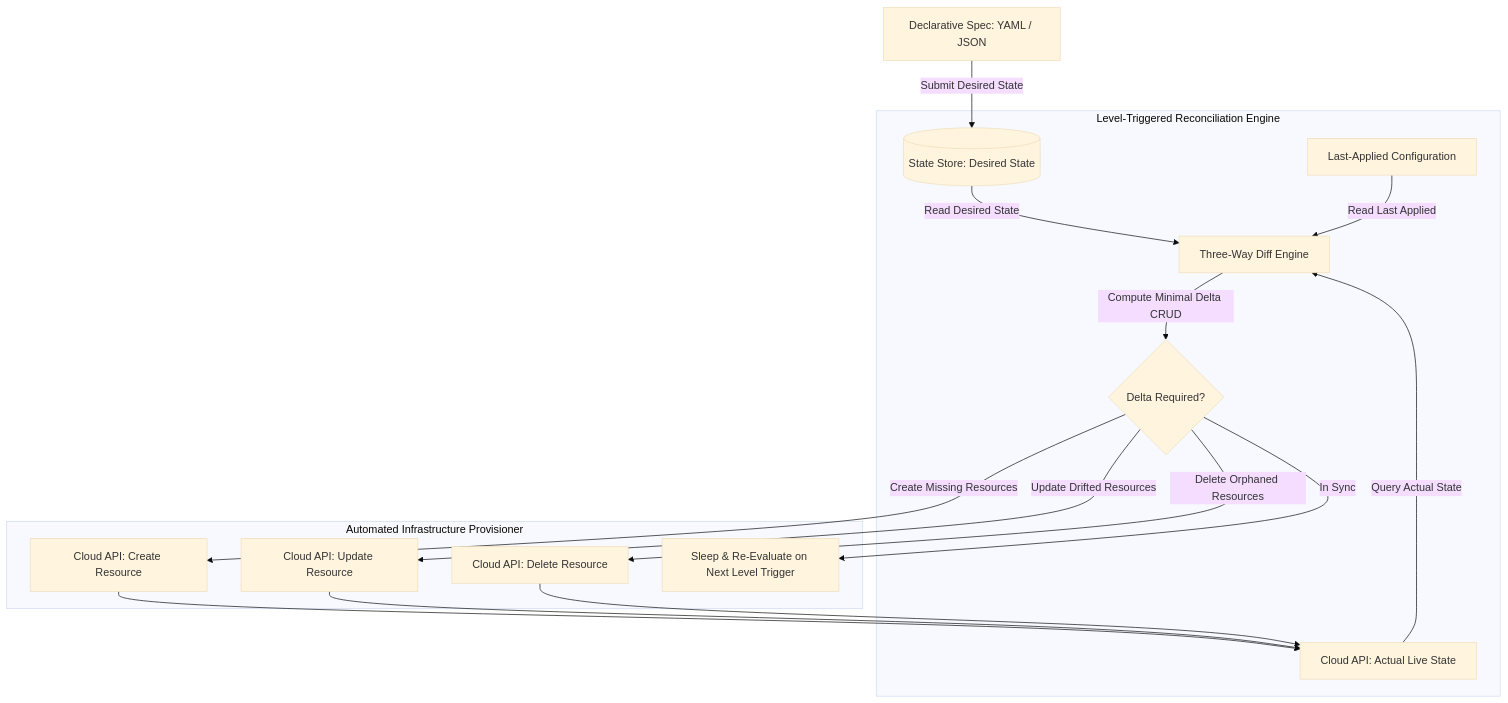
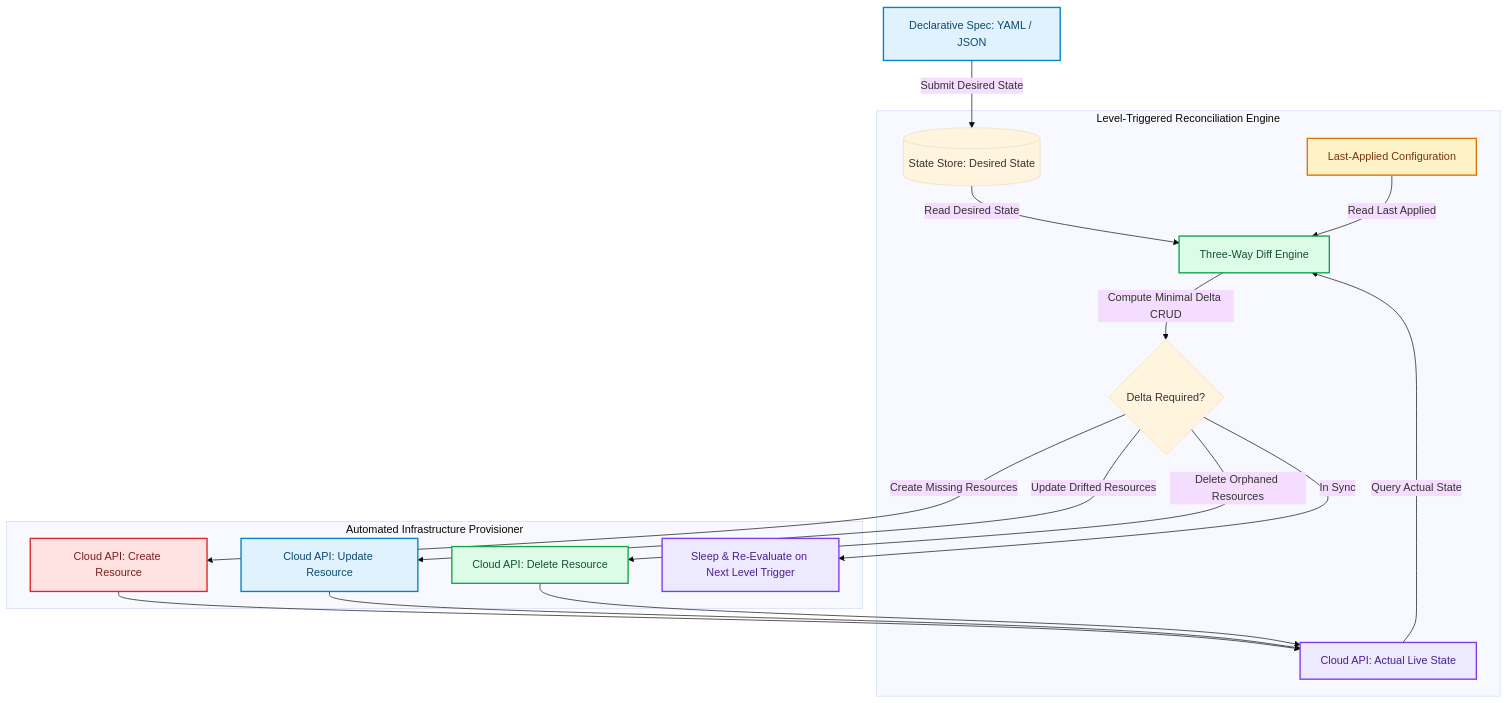
Before and after one commit to akmalkhaniub/akmalkhaniub.github.io: the diagram in blog/posts/declarative-state-synchronization-custom-infrastructure-reconcilers.md, drawn with Mermaid (base theme). The commit also changed other lines of this file and 1291 other files, not shown here.

First line of the commit message:
feat(catalog): unique covers, scholarly references, and diagram palettes

````diff
--- a/blog/posts/declarative-state-synchronization-custom-infrastructure-reconcilers.md
+++ b/blog/posts/declarative-state-synchronization-custom-infrastructure-reconcilers.md
@@ -17,23 +17,34 @@
 ```mermaid
 flowchart TD
-  User[Declarative Spec: YAML / JSON] -->|Submit Desired State| Store[(State Store: Desired State)]
+  User["Declarative Spec: YAML / JSON"] -->|Submit Desired State| Store[(State Store: Desired State)]
   
   subgraph SG1_LevelTriggeredReconciliation ["Level-Triggered Reconciliation Engine"]
-    Store -->|Read Desired State| DiffEngine[Three-Way Diff Engine]
-    Live[Cloud API: Actual Live State] -->|Query Actual State| DiffEngine
-    Last[Last-Applied Configuration] -->|Read Last Applied| DiffEngine
+    Store -->|Read Desired State| DiffEngine["Three-Way Diff Engine"]
+    Live["Cloud API: Actual Live State"] -->|Query Actual State| DiffEngine
+    Last["Last-Applied Configuration"] -->|Read Last Applied| DiffEngine
     
     DiffEngine -->|Compute Minimal Delta CRUD| ActionPlan{Delta Required?}
   end
   
   subgraph SG2_AutomatedInfrastructureProvisioner ["Automated Infrastructure Provisioner"]
-    ActionPlan -->|Create Missing Resources| Provision[Cloud API: Create Resource]
-    ActionPlan -->|Update Drifted Resources| Update[Cloud API: Update Resource]
-    ActionPlan -->|Delete Orphaned Resources| Purge[Cloud API: Delete Resource]
-    ActionPlan -->|In Sync| Sleep[Sleep & Re-Evaluate on Next Level Trigger]
+    ActionPlan -->|Create Missing Resources| Provision["Cloud API: Create Resource"]
+    ActionPlan -->|Update Drifted Resources| Update["Cloud API: Update Resource"]
+    ActionPlan -->|Delete Orphaned Resources| Purge["Cloud API: Delete Resource"]
+    ActionPlan -->|In Sync| Sleep["Sleep & Re-Evaluate on Next Level Trigger"]
     
     Provision --> Live
     Update --> Live
     Purge --> Live
   end
+
+classDef green fill:#dcfce7,stroke:#16a34a,stroke-width:2px,color:#14532d;
+classDef red fill:#fee2e2,stroke:#dc2626,stroke-width:2px,color:#7f1d1d;
+classDef blue fill:#e0f2fe,stroke:#0284c7,stroke-width:2px,color:#0c4a6e;
+classDef yellow fill:#fef3c7,stroke:#d97706,stroke-width:2px,color:#78350f;
+classDef purple fill:#ede9fe,stroke:#7c3aed,stroke-width:2px,color:#4c1d95;
+class User,Update blue
+class DiffEngine,Purge green
+class Live,Sleep purple
+class Last yellow
+class Provision red
 ```
````
